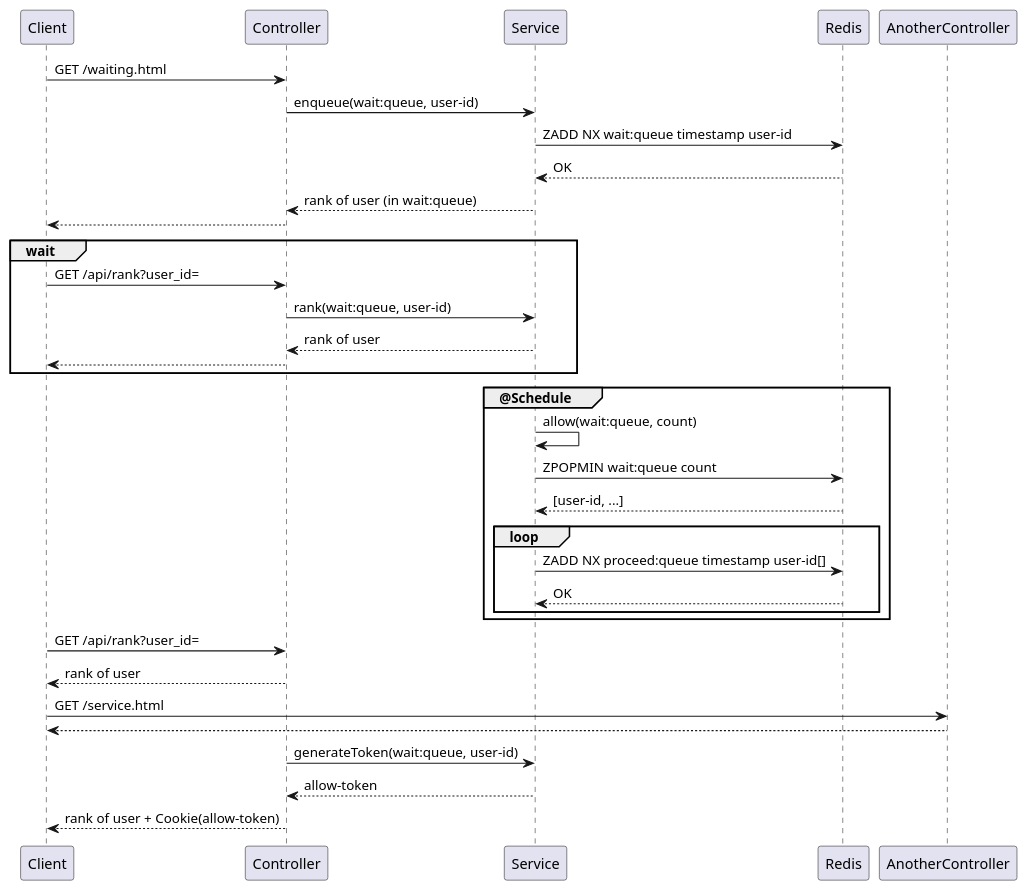
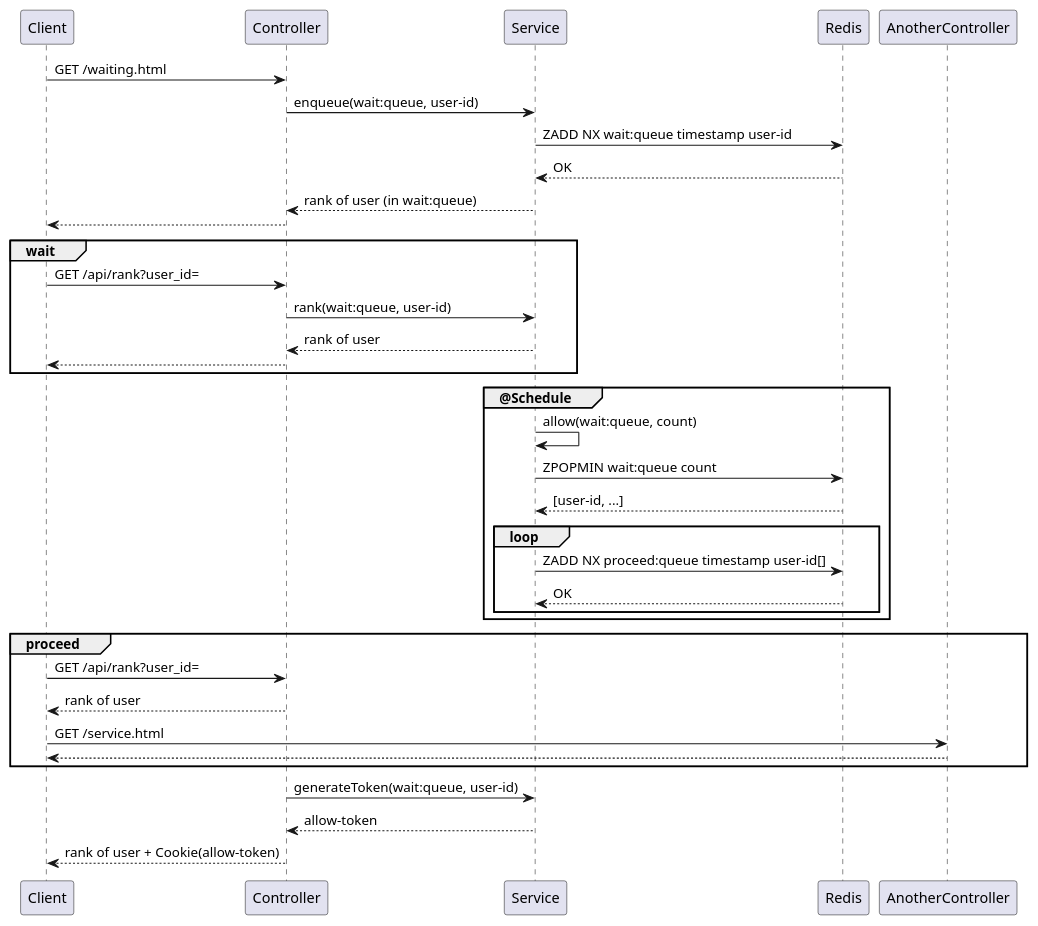
One commit to yanghoon/obsidian-workspace changed the diagram in _diary/2024-06-08.md. Above: the diagram before and after it, drawn with PlantUML.

Commit message:
vault backup: 2024-06-08 14:33:42

````diff
--- a/_diary/2024-06-08.md
+++ b/_diary/2024-06-08.md
@@ -5,34 +5,36 @@
 ```plantuml
 Client -> Controller: GET /waiting.html
 Controller -> Service: enqueue(wait:queue, user-id)
 Service -> Redis: ZADD NX wait:queue timestamp user-id
 Service <-- Redis: OK
 Controller <-- Service: rank of user (in wait:queue)
 Client <-- Controller
 
 group wait
 Client -> Controller: GET /api/rank?user_id=
 Controller -> Service: rank(wait:queue, user-id)
 Controller <-- Service: rank of user
 Client <-- Controller
 end
 
 group @Schedule
   Service -> Service: allow(wait:queue, count)
   Service -> Redis: ZPOPMIN wait:queue count
   Service <-- Redis: [user-id, ...]
   loop
- Service -> Redis: ZADD NX proceed:queue timestamp user-id[]
-Service <-- Redis: OK
-end
+    Service -> Redis: ZADD NX proceed:queue timestamp user-id[]
+    Service <-- Redis: OK
+  end
 end
 
-Client -> Controller: GET /api/rank?user_id=
-Client <-- Controller: rank of user
-Client -> AnotherController: GET /service.html
-Client <-- AnotherController
+group proceed
+  Client -> Controller: GET /api/rank?user_id=
+  Client <-- Controller: rank of user
+  Client -> AnotherController: GET /service.html
+  Client <-- AnotherController
+end
 
 Controller -> Service: generateToken(wait:queue, user-id)
 Controller <-- Service: allow-token
 Client <-- Controller: rank of user + Cookie(allow-token)
 ```
````
